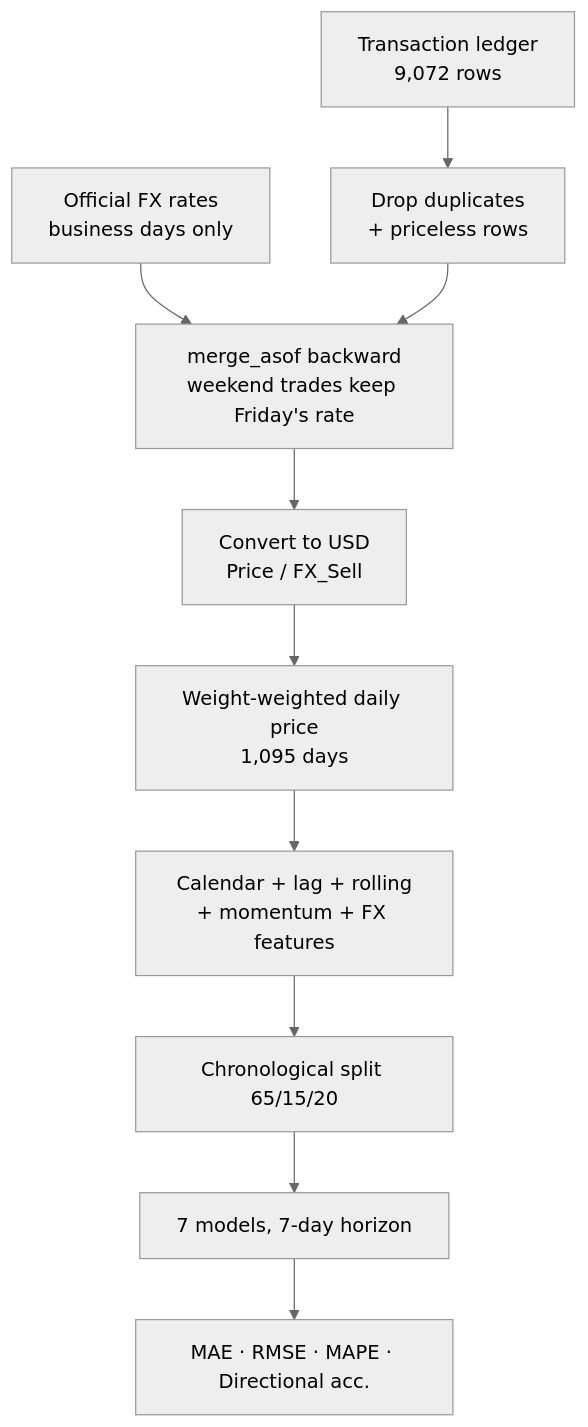
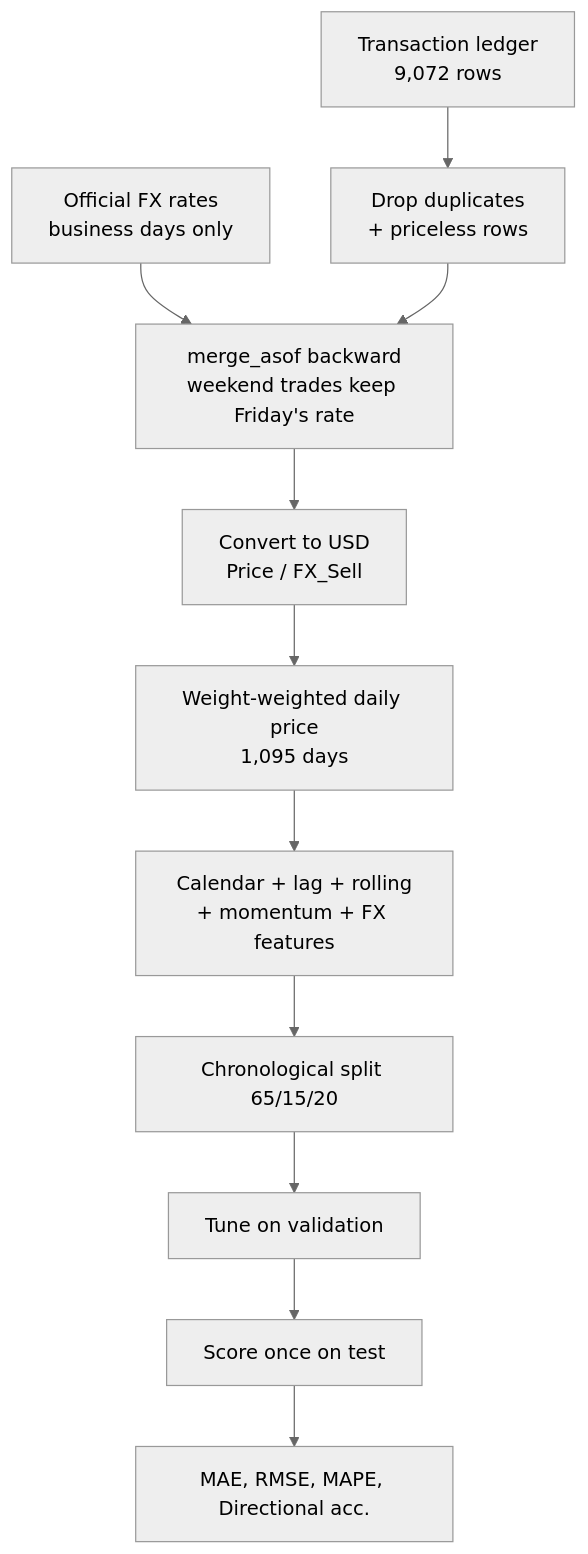
The diagram in README.md (yasmine-ali101/bale-price-forecasting), drawn with Mermaid (neutral theme) before and after one commit. The commit also changed other lines of this file and 18 other files, not shown here.

````diff
--- a/README.md
+++ b/README.md
@@ -100,12 +131,13 @@
 ```mermaid
 flowchart TB
     A[Transaction ledger<br/>9,072 rows] --> B[Drop duplicates<br/>+ priceless rows]
     F[Official FX rates<br/>business days only] --> C
     B --> C[merge_asof backward<br/>weekend trades keep Friday's rate]
     C --> D[Convert to USD<br/>Price / FX_Sell]
     D --> E[Weight-weighted daily price<br/>1,095 days]
     E --> G[Calendar + lag + rolling<br/>+ momentum + FX features]
     G --> H[Chronological split 65/15/20]
-    H --> I[7 models, 7-day horizon]
-    I --> J[MAE · RMSE · MAPE · Directional acc.]
+    H --> I[Tune on validation]
+    I --> J[Score once on test]
+    J --> K[MAE, RMSE, MAPE, Directional acc.]
 ```
````
